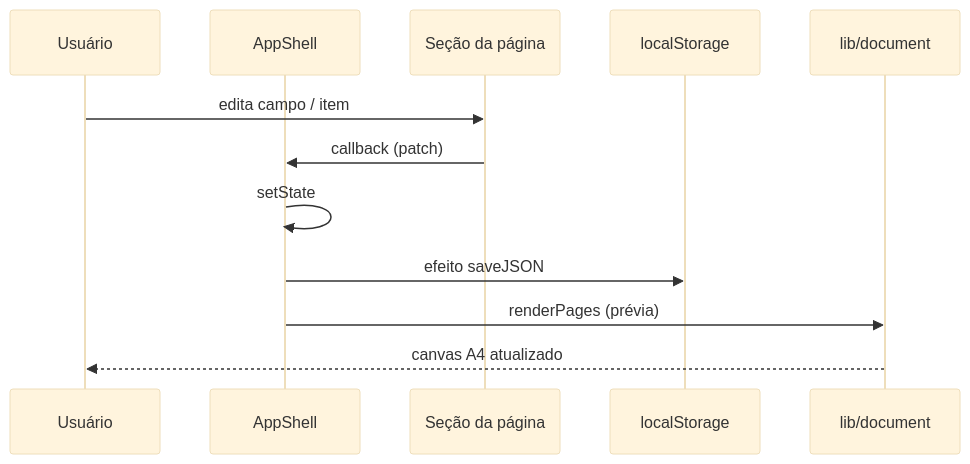
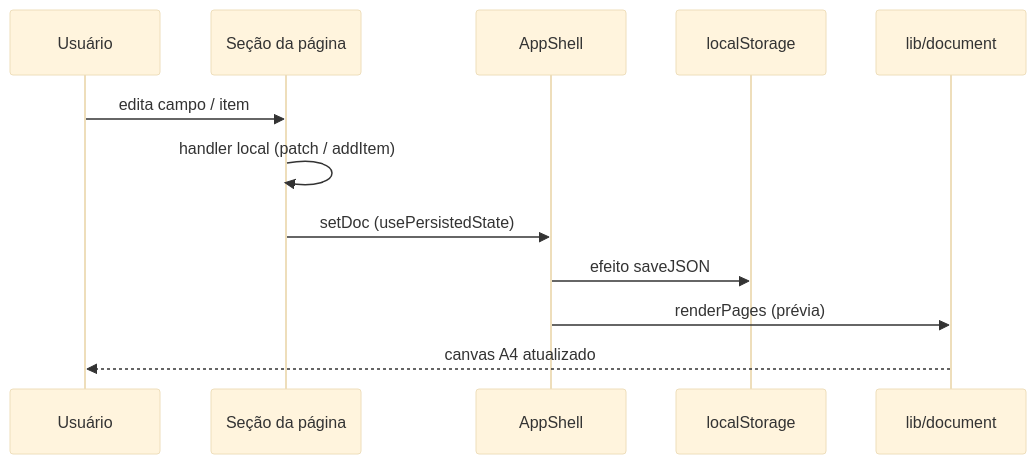
One commit to mariaamelco/site-para-or-amento changed the second of 2 diagrams in docs/ARCHITECTURE.md. Above: the diagram before and after it, drawn with Mermaid (base theme). The commit also changed other lines of this file and 31 other files, not shown here.

Commit message:
fix: improving the architecture

````diff
--- a/docs/ARCHITECTURE.md
+++ b/docs/ARCHITECTURE.md
@@ -122,15 +156,15 @@
 ```mermaid
 sequenceDiagram
   participant U as Usuário
+  participant D as Seção da página
   participant S as AppShell
-  participant D as Seção da página
   participant L as localStorage
   participant R as lib/document
 
   U->>D: edita campo / item
-  D->>S: callback (patch)
-  S->>S: setState
+  D->>D: handler local (patch / addItem)
+  D->>S: setDoc (usePersistedState)
   S->>L: efeito saveJSON
   S->>R: renderPages (prévia)
   R-->>U: canvas A4 atualizado
 ```
````
